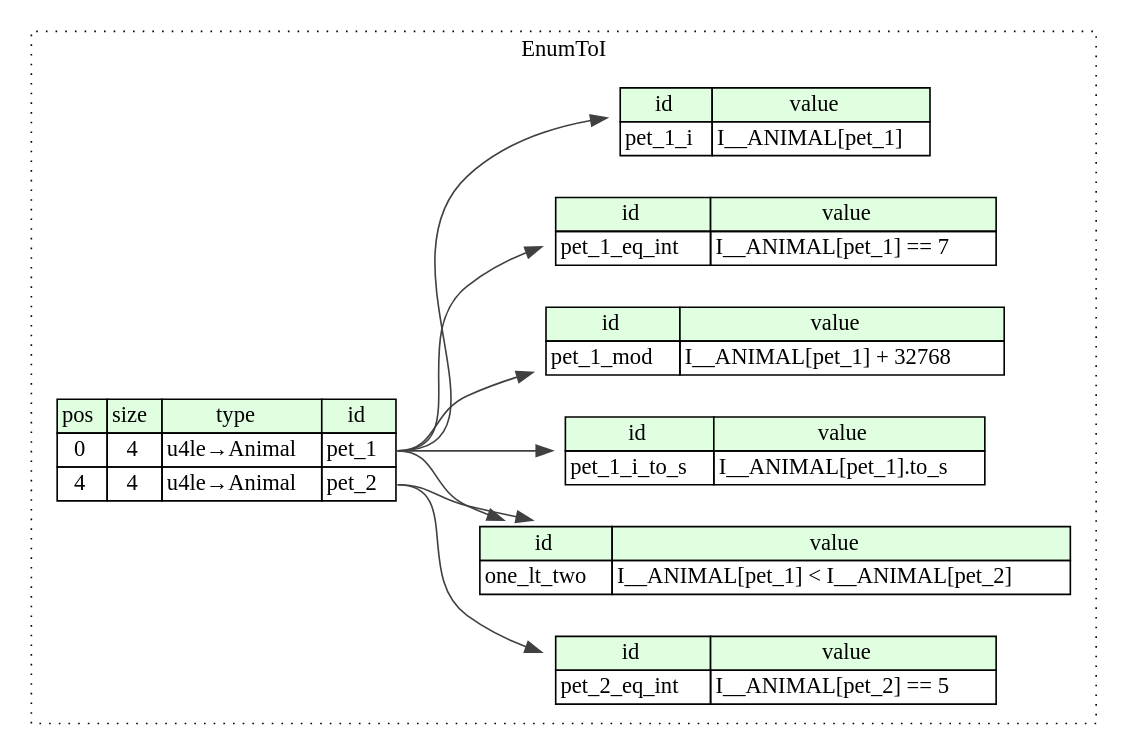
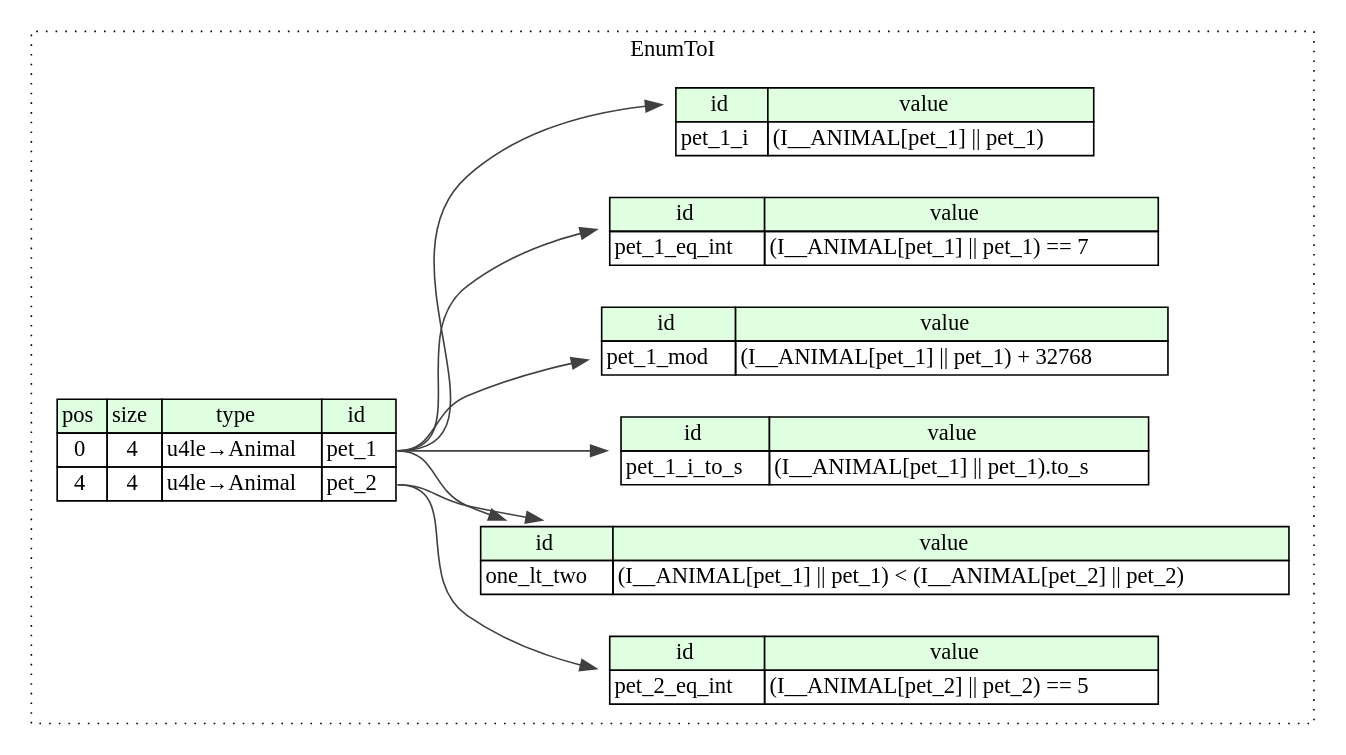
The diagram in compiled/graphviz/enum_to_i.dot (kaitai-io/ci_targets), drawn with Graphviz before and after one commit. The commit also changed 7 other files, not shown here.

```diff
--- a/compiled/graphviz/enum_to_i.dot
+++ b/compiled/graphviz/enum_to_i.dot
@@ -1,45 +1,45 @@
 digraph {
 	rankdir=LR;
 	node [shape=plaintext];
 	subgraph cluster__enum_to_i {
 		label="EnumToI";
 		graph[style=dotted];
 
 		enum_to_i__seq [label=<<TABLE BORDER="0" CELLBORDER="1" CELLSPACING="0">
 			<TR><TD BGCOLOR="#E0FFE0">pos</TD><TD BGCOLOR="#E0FFE0">size</TD><TD BGCOLOR="#E0FFE0">type</TD><TD BGCOLOR="#E0FFE0">id</TD></TR>
 			<TR><TD PORT="pet_1_pos">0</TD><TD PORT="pet_1_size">4</TD><TD>u4le→Animal</TD><TD PORT="pet_1_type">pet_1</TD></TR>
 			<TR><TD PORT="pet_2_pos">4</TD><TD PORT="pet_2_size">4</TD><TD>u4le→Animal</TD><TD PORT="pet_2_type">pet_2</TD></TR>
 		</TABLE>>];
 		enum_to_i__inst__one_lt_two [label=<<TABLE BORDER="0" CELLBORDER="1" CELLSPACING="0">
 			<TR><TD BGCOLOR="#E0FFE0">id</TD><TD BGCOLOR="#E0FFE0">value</TD></TR>
-			<TR><TD>one_lt_two</TD><TD>I__ANIMAL[pet_1] &lt; I__ANIMAL[pet_2]</TD></TR>
+			<TR><TD>one_lt_two</TD><TD>(I__ANIMAL[pet_1] || pet_1) &lt; (I__ANIMAL[pet_2] || pet_2)</TD></TR>
 		</TABLE>>];
 		enum_to_i__inst__pet_1_eq_int [label=<<TABLE BORDER="0" CELLBORDER="1" CELLSPACING="0">
 			<TR><TD BGCOLOR="#E0FFE0">id</TD><TD BGCOLOR="#E0FFE0">value</TD></TR>
-			<TR><TD>pet_1_eq_int</TD><TD>I__ANIMAL[pet_1] == 7</TD></TR>
+			<TR><TD>pet_1_eq_int</TD><TD>(I__ANIMAL[pet_1] || pet_1) == 7</TD></TR>
 		</TABLE>>];
 		enum_to_i__inst__pet_1_i [label=<<TABLE BORDER="0" CELLBORDER="1" CELLSPACING="0">
 			<TR><TD BGCOLOR="#E0FFE0">id</TD><TD BGCOLOR="#E0FFE0">value</TD></TR>
-			<TR><TD>pet_1_i</TD><TD>I__ANIMAL[pet_1]</TD></TR>
+			<TR><TD>pet_1_i</TD><TD>(I__ANIMAL[pet_1] || pet_1)</TD></TR>
 		</TABLE>>];
 		enum_to_i__inst__pet_1_i_to_s [label=<<TABLE BORDER="0" CELLBORDER="1" CELLSPACING="0">
 			<TR><TD BGCOLOR="#E0FFE0">id</TD><TD BGCOLOR="#E0FFE0">value</TD></TR>
-			<TR><TD>pet_1_i_to_s</TD><TD>I__ANIMAL[pet_1].to_s</TD></TR>
+			<TR><TD>pet_1_i_to_s</TD><TD>(I__ANIMAL[pet_1] || pet_1).to_s</TD></TR>
 		</TABLE>>];
 		enum_to_i__inst__pet_1_mod [label=<<TABLE BORDER="0" CELLBORDER="1" CELLSPACING="0">
 			<TR><TD BGCOLOR="#E0FFE0">id</TD><TD BGCOLOR="#E0FFE0">value</TD></TR>
-			<TR><TD>pet_1_mod</TD><TD>I__ANIMAL[pet_1] + 32768</TD></TR>
+			<TR><TD>pet_1_mod</TD><TD>(I__ANIMAL[pet_1] || pet_1) + 32768</TD></TR>
 		</TABLE>>];
 		enum_to_i__inst__pet_2_eq_int [label=<<TABLE BORDER="0" CELLBORDER="1" CELLSPACING="0">
 			<TR><TD BGCOLOR="#E0FFE0">id</TD><TD BGCOLOR="#E0FFE0">value</TD></TR>
-			<TR><TD>pet_2_eq_int</TD><TD>I__ANIMAL[pet_2] == 5</TD></TR>
+			<TR><TD>pet_2_eq_int</TD><TD>(I__ANIMAL[pet_2] || pet_2) == 5</TD></TR>
 		</TABLE>>];
 	}
 	enum_to_i__seq:pet_1_type -> enum_to_i__inst__one_lt_two [color="#404040"];
 	enum_to_i__seq:pet_2_type -> enum_to_i__inst__one_lt_two [color="#404040"];
 	enum_to_i__seq:pet_1_type -> enum_to_i__inst__pet_1_eq_int [color="#404040"];
 	enum_to_i__seq:pet_1_type -> enum_to_i__inst__pet_1_i [color="#404040"];
 	enum_to_i__seq:pet_1_type -> enum_to_i__inst__pet_1_i_to_s [color="#404040"];
 	enum_to_i__seq:pet_1_type -> enum_to_i__inst__pet_1_mod [color="#404040"];
 	enum_to_i__seq:pet_2_type -> enum_to_i__inst__pet_2_eq_int [color="#404040"];
 }
```
